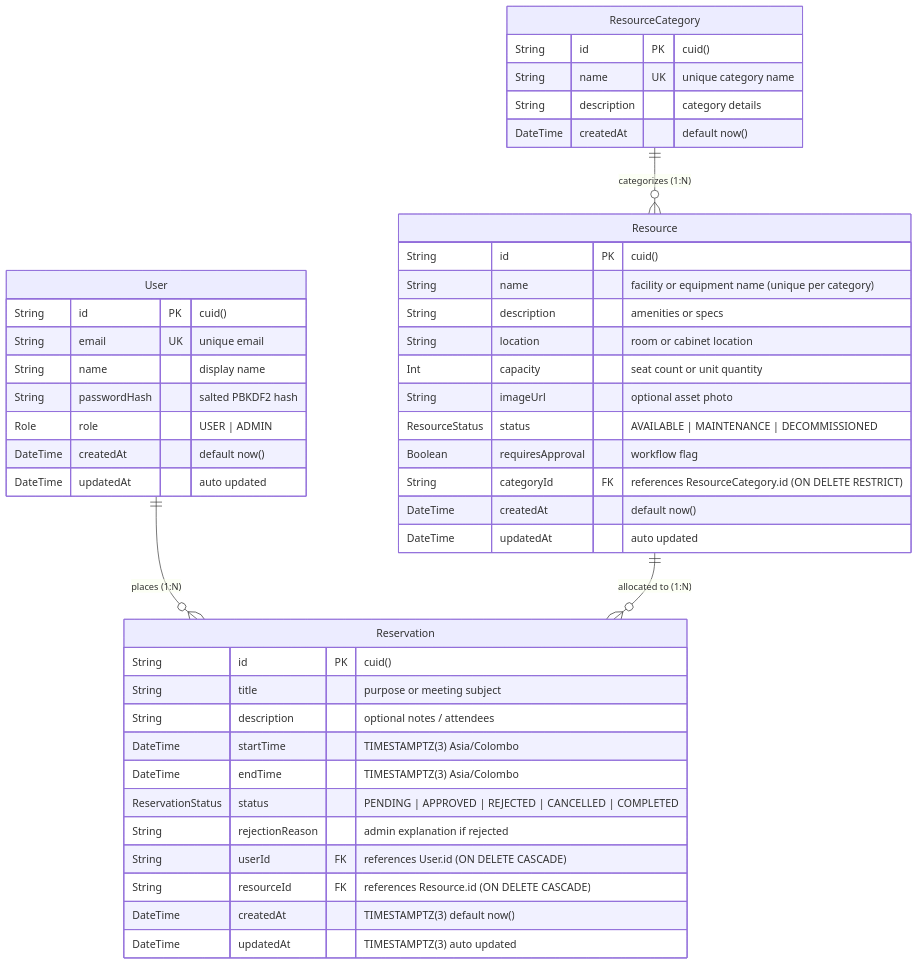
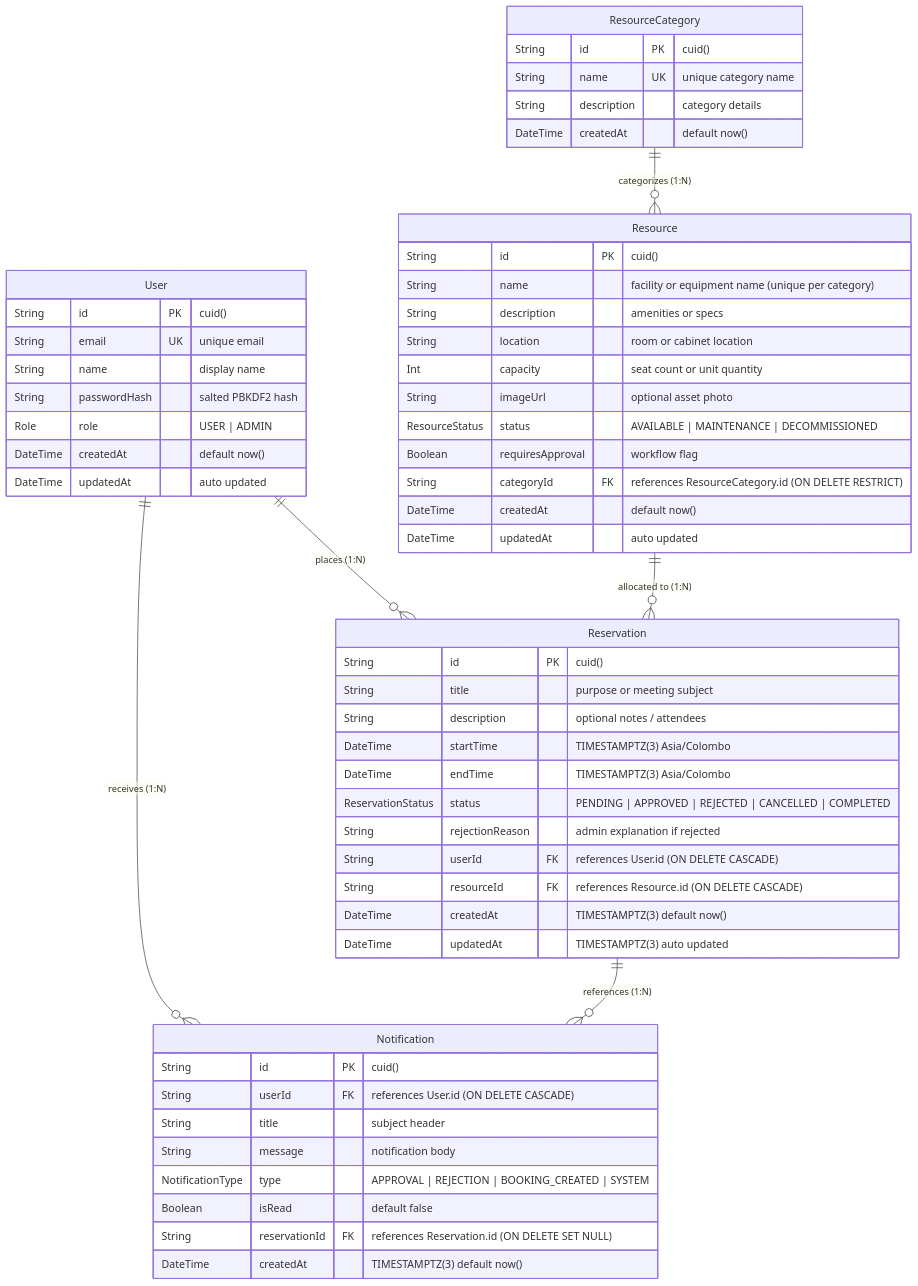
The diagram in docs/ERD.md (chanukav/resource-reservation-system), drawn with Mermaid before and after one commit. The commit also changed other lines of this file and 1 other file, not shown here.

Commit message:
docs: complete submission requirements with deliverables and ERD shareable link

````diff
--- a/docs/ERD.md
+++ b/docs/ERD.md
@@ -14,50 +14,63 @@
 ```mermaid
 erDiagram
     User ||--o{ Reservation : "places (1:N)"
+    User ||--o{ Notification : "receives (1:N)"
     User {
         String id PK "cuid()"
         String email UK "unique email"
         String name "display name"
         String passwordHash "salted PBKDF2 hash"
         Role role "USER | ADMIN"
         DateTime createdAt "default now()"
         DateTime updatedAt "auto updated"
     }
 
     ResourceCategory ||--o{ Resource : "categorizes (1:N)"
     ResourceCategory {
         String id PK "cuid()"
         String name UK "unique category name"
         String description "category details"
         DateTime createdAt "default now()"
     }
 
     Resource ||--o{ Reservation : "allocated to (1:N)"
     Resource {
         String id PK "cuid()"
         String name "facility or equipment name (unique per category)"
         String description "amenities or specs"
         String location "room or cabinet location"
         Int capacity "seat count or unit quantity"
         String imageUrl "optional asset photo"
         ResourceStatus status "AVAILABLE | MAINTENANCE | DECOMMISSIONED"
         Boolean requiresApproval "workflow flag"
         String categoryId FK "references ResourceCategory.id (ON DELETE RESTRICT)"
         DateTime createdAt "default now()"
         DateTime updatedAt "auto updated"
     }
 
+    Reservation ||--o{ Notification : "references (1:N)"
     Reservation {
         String id PK "cuid()"
         String title "purpose or meeting subject"
         String description "optional notes / attendees"
         DateTime startTime "TIMESTAMPTZ(3) Asia/Colombo"
         DateTime endTime "TIMESTAMPTZ(3) Asia/Colombo"
         ReservationStatus status "PENDING | APPROVED | REJECTED | CANCELLED | COMPLETED"
         String rejectionReason "admin explanation if rejected"
         String userId FK "references User.id (ON DELETE CASCADE)"
         String resourceId FK "references Resource.id (ON DELETE CASCADE)"
         DateTime createdAt "TIMESTAMPTZ(3) default now()"
         DateTime updatedAt "TIMESTAMPTZ(3) auto updated"
     }
+
+    Notification {
+        String id PK "cuid()"
+        String userId FK "references User.id (ON DELETE CASCADE)"
+        String title "subject header"
+        String message "notification body"
+        NotificationType type "APPROVAL | REJECTION | BOOKING_CREATED | SYSTEM"
+        Boolean isRead "default false"
+        String reservationId FK "references Reservation.id (ON DELETE SET NULL)"
+        DateTime createdAt "TIMESTAMPTZ(3) default now()"
+    }
 ```
````
